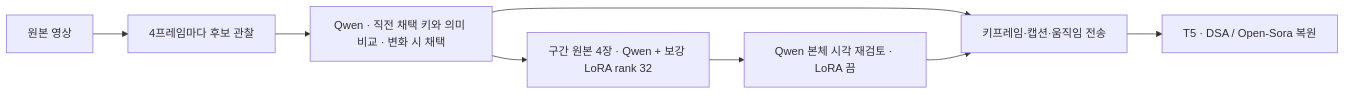
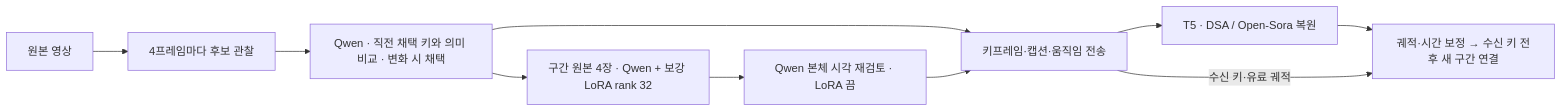
One commit to SangukBae/semantic_transmission changed the diagram in README.md. Above: the diagram before and after it, drawn with Mermaid. The commit also changed other lines of this file and 5 other files, not shown here.

````diff
--- a/README.md
+++ b/README.md
@@ -11,10 +11,12 @@
 ```mermaid
 flowchart LR
     V[원본 영상] --> P[4프레임마다 후보 관찰]
     P --> S[Qwen · 직전 채택 키와 의미 비교 · 변화 시 채택]
     S --> C[구간 원본 4장 · Qwen + 보강 LoRA rank 32]
     C --> R[Qwen 본체 시각 재검토 · LoRA 끔]
     S --> T[키프레임·캡션·움직임 전송]
     R --> T
     T --> D[T5 · DSA / Open-Sora 복원]
+    D --> RX[궤적·시간 보정 → 수신 키 전후 새 구간 연결]
+    T -->|수신 키·유료 궤적| RX
 ```
````
